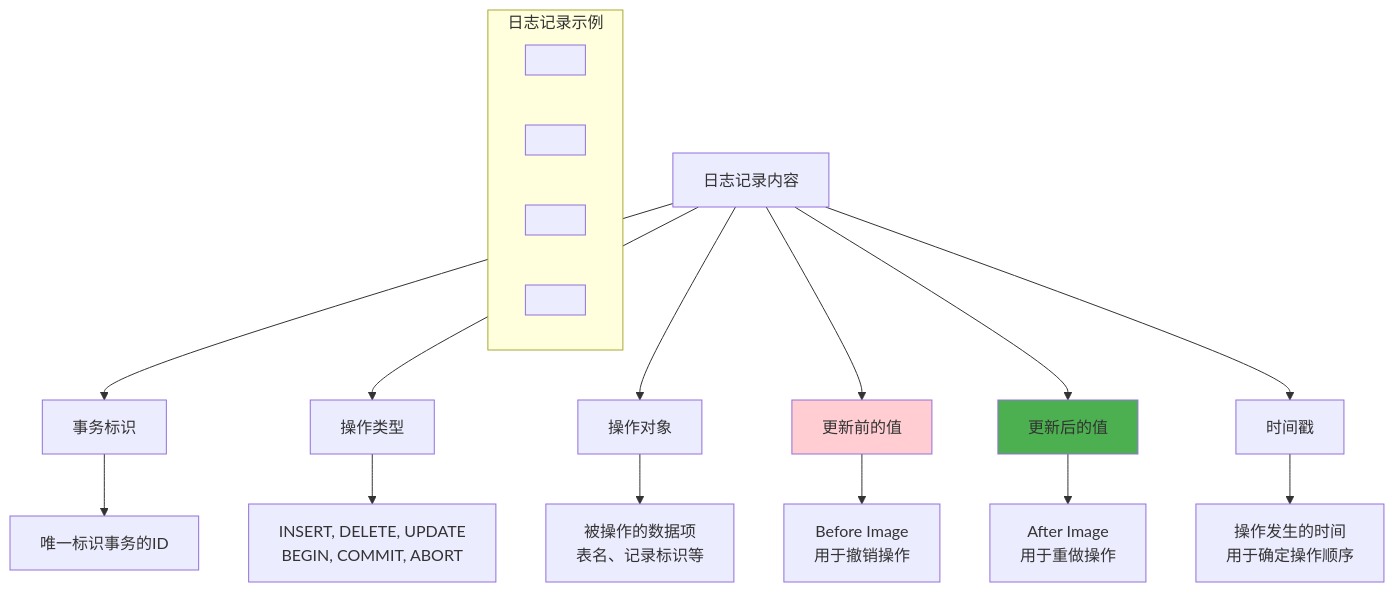
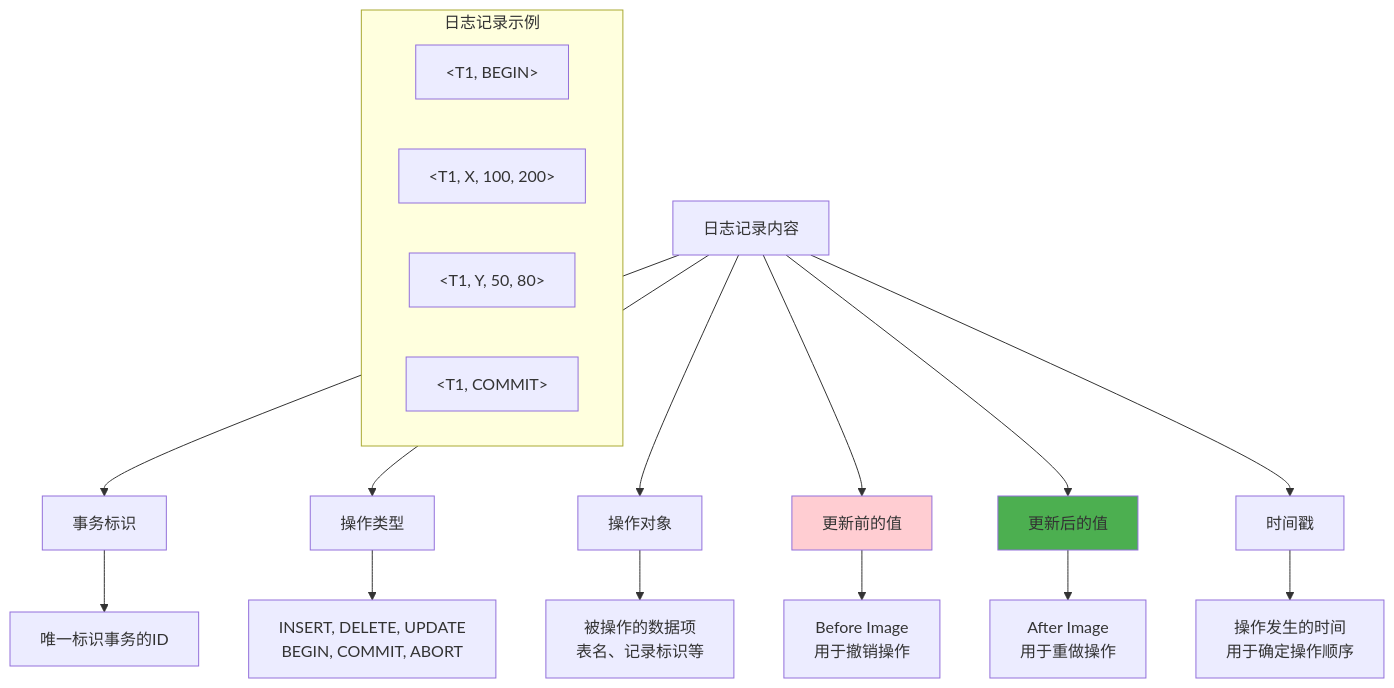
One commit to guangxiangdebizi/Year3-Sem1-Computer-Science-Notes changed the seventh of 22 diagrams in 数据库原理/第9章_数据库恢复技术.md. Above: the diagram before and after it, drawn with Mermaid. The commit also changed 3 other files, not shown here.

````diff
--- a/数据库原理/第9章_数据库恢复技术.md
+++ b/数据库原理/第9章_数据库恢复技术.md
@@ -170,26 +170,26 @@
 ```mermaid
 graph TD
     A[日志记录内容] --> B[事务标识]
     A --> C[操作类型]
     A --> D[操作对象]
     A --> E[更新前的值]
     A --> F[更新后的值]
     A --> G[时间戳]
     
     B --> B1[唯一标识事务的ID]
     C --> C1[INSERT, DELETE, UPDATE<br/>BEGIN, COMMIT, ABORT]
     D --> D1[被操作的数据项<br/>表名、记录标识等]
     E --> E1[Before Image<br/>用于撤销操作]
     F --> F1[After Image<br/>用于重做操作]
     G --> G1[操作发生的时间<br/>用于确定操作顺序]
     
     subgraph "日志记录示例"
-        H[<T1, BEGIN>]
-        I[<T1, X, 100, 200>]
-        J[<T1, Y, 50, 80>]
-        K[<T1, COMMIT>]
+        H["&lt;T1, BEGIN&gt;"]
+        I["&lt;T1, X, 100, 200&gt;"]
+        J["&lt;T1, Y, 50, 80&gt;"]
+        K["&lt;T1, COMMIT&gt;"]
     end
     
     style E fill:#ffcdd2
     style F fill:#4caf50
 ```
````
